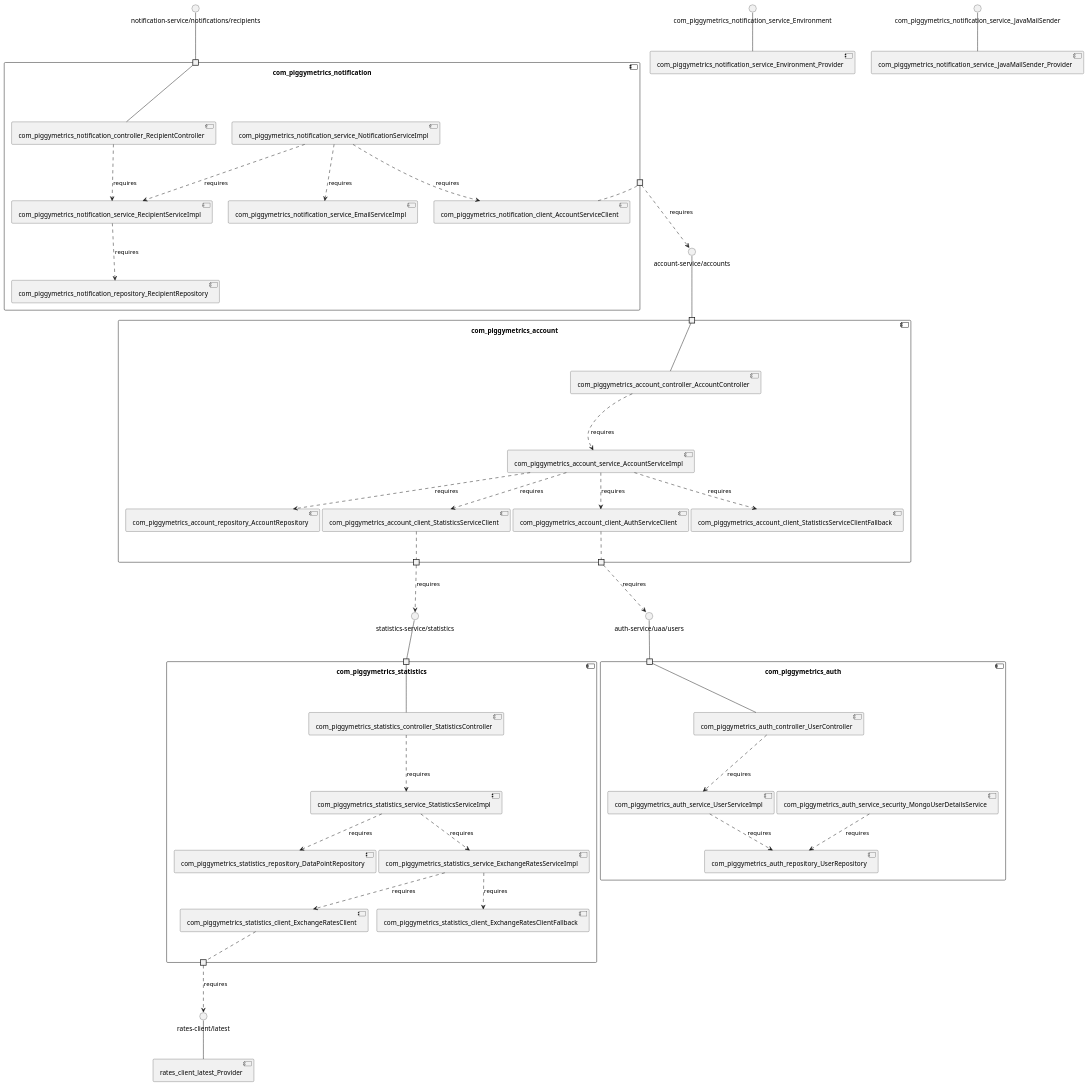
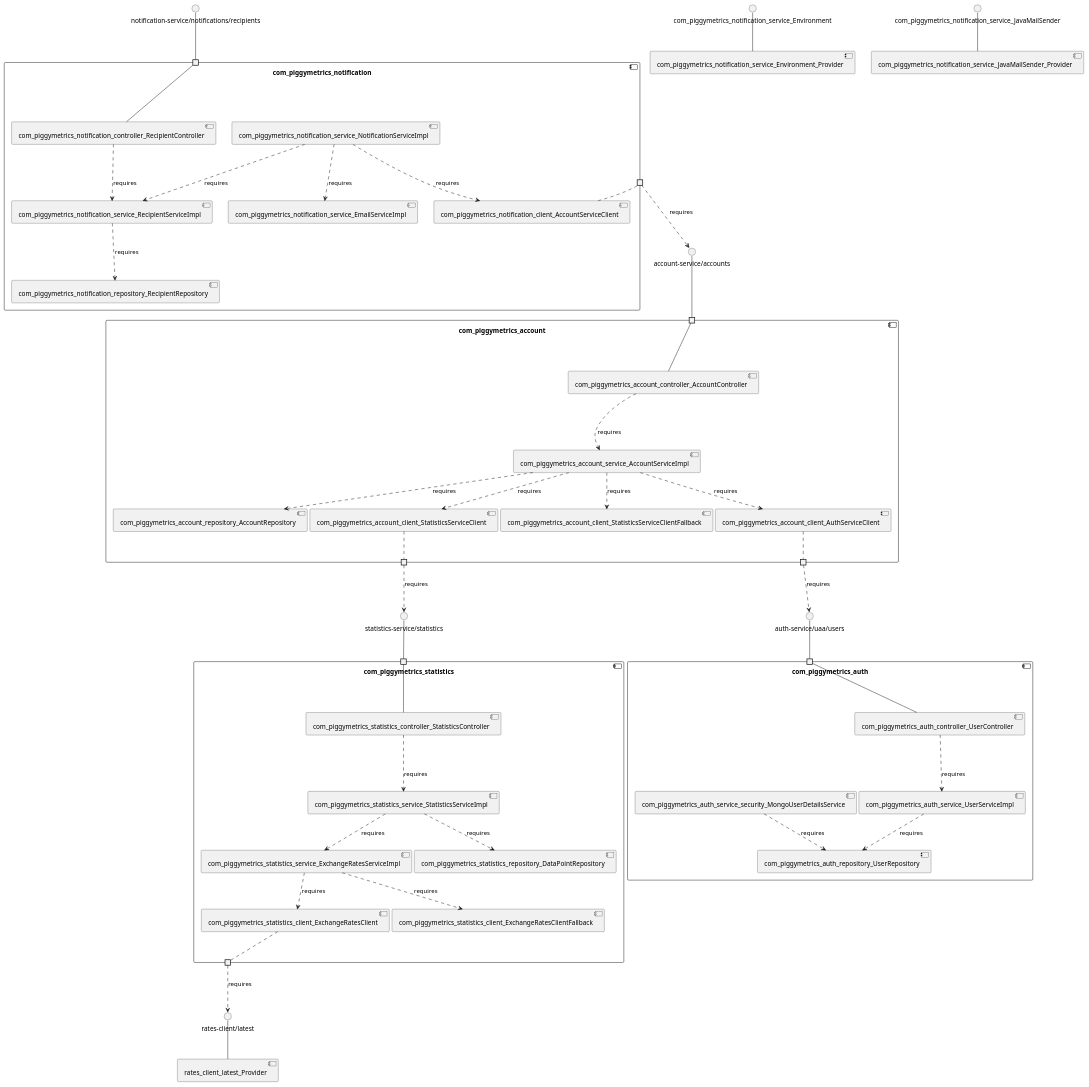
Before and after one commit to MSt-10/Palladio-ReverseEngineering-Benchmark: the diagram in sqshq-piggymetrics/model_re/uml/componentDiagram.puml, drawn with PlantUML. The commit also changed other lines of this file and 238 other files, not shown here.

```diff
--- a/sqshq-piggymetrics/model_re/uml/componentDiagram.puml
+++ b/sqshq-piggymetrics/model_re/uml/componentDiagram.puml
@@ -1,91 +1,91 @@
 @startuml
 skinparam fixCircleLabelOverlapping true
 skinparam componentStyle uml2
 component "com_piggymetrics_account\n\n\n\n\n\n" {
 [com_piggymetrics_account_service_AccountServiceImpl]
+[com_piggymetrics_account_client_StatisticsServiceClient]
 [com_piggymetrics_account_client_StatisticsServiceClientFallback]
-[com_piggymetrics_account_repository_AccountRepository]
 [com_piggymetrics_account_controller_AccountController]
 [com_piggymetrics_account_client_AuthServiceClient]
-[com_piggymetrics_account_client_StatisticsServiceClient]
+[com_piggymetrics_account_repository_AccountRepository]
 portin " " as com_piggymetrics_account_requires_account_service_accounts
 portout " " as com_piggymetrics_account_provides_statistics_service_statistics
 portout " " as com_piggymetrics_account_provides_auth_service_uaa_users
+[com_piggymetrics_account_controller_AccountController]..>[com_piggymetrics_account_service_AccountServiceImpl] : requires
+[com_piggymetrics_account_service_AccountServiceImpl]..>[com_piggymetrics_account_client_StatisticsServiceClient] : requires
 [com_piggymetrics_account_service_AccountServiceImpl]..>[com_piggymetrics_account_client_StatisticsServiceClientFallback] : requires
+[com_piggymetrics_account_service_AccountServiceImpl]..>[com_piggymetrics_account_client_AuthServiceClient] : requires
 [com_piggymetrics_account_service_AccountServiceImpl]..>[com_piggymetrics_account_repository_AccountRepository] : requires
-[com_piggymetrics_account_service_AccountServiceImpl]..>[com_piggymetrics_account_client_AuthServiceClient] : requires
-[com_piggymetrics_account_service_AccountServiceImpl]..>[com_piggymetrics_account_client_StatisticsServiceClient] : requires
-[com_piggymetrics_account_controller_AccountController]..>[com_piggymetrics_account_service_AccountServiceImpl] : requires
 "com_piggymetrics_account_requires_account_service_accounts"--[com_piggymetrics_account_controller_AccountController]
+[com_piggymetrics_account_client_StatisticsServiceClient].."com_piggymetrics_account_provides_statistics_service_statistics"
 [com_piggymetrics_account_client_AuthServiceClient].."com_piggymetrics_account_provides_auth_service_uaa_users"
-[com_piggymetrics_account_client_StatisticsServiceClient].."com_piggymetrics_account_provides_statistics_service_statistics"
 }
 interface "account-service/accounts" as interface.account_service_accounts
 interface.account_service_accounts--"com_piggymetrics_account_requires_account_service_accounts"
 interface "auth-service/uaa/users" as interface.auth_service_uaa_users
 "com_piggymetrics_account_provides_auth_service_uaa_users"..>interface.auth_service_uaa_users : requires
 interface "statistics-service/statistics" as interface.statistics_service_statistics
 "com_piggymetrics_account_provides_statistics_service_statistics"..>interface.statistics_service_statistics : requires
 component "com_piggymetrics_auth\n\n\n\n\n\n" {
-[com_piggymetrics_auth_controller_UserController]
-[com_piggymetrics_auth_repository_UserRepository]
 [com_piggymetrics_auth_service_UserServiceImpl]
 [com_piggymetrics_auth_service_security_MongoUserDetailsService]
+[com_piggymetrics_auth_repository_UserRepository]
+[com_piggymetrics_auth_controller_UserController]
 portin " " as com_piggymetrics_auth_requires_auth_service_uaa_users
+[com_piggymetrics_auth_service_security_MongoUserDetailsService]..>[com_piggymetrics_auth_repository_UserRepository] : requires
 [com_piggymetrics_auth_service_UserServiceImpl]..>[com_piggymetrics_auth_repository_UserRepository] : requires
-[com_piggymetrics_auth_service_security_MongoUserDetailsService]..>[com_piggymetrics_auth_repository_UserRepository] : requires
 [com_piggymetrics_auth_controller_UserController]..>[com_piggymetrics_auth_service_UserServiceImpl] : requires
 "com_piggymetrics_auth_requires_auth_service_uaa_users"--[com_piggymetrics_auth_controller_UserController]
 }
 interface "auth-service/uaa/users" as interface.auth_service_uaa_users
 interface.auth_service_uaa_users--"com_piggymetrics_auth_requires_auth_service_uaa_users"
 component "com_piggymetrics_notification\n\n\n\n\n\n" {
 [com_piggymetrics_notification_controller_RecipientController]
+[com_piggymetrics_notification_service_RecipientServiceImpl]
+[com_piggymetrics_notification_service_EmailServiceImpl]
+[com_piggymetrics_notification_service_NotificationServiceImpl]
+[com_piggymetrics_notification_repository_RecipientRepository]
 [com_piggymetrics_notification_client_AccountServiceClient]
-[com_piggymetrics_notification_service_NotificationServiceImpl]
-[com_piggymetrics_notification_service_EmailServiceImpl]
-[com_piggymetrics_notification_repository_RecipientRepository]
-[com_piggymetrics_notification_service_RecipientServiceImpl]
 portin " " as com_piggymetrics_notification_requires_notification_service_notifications_recipients
 portout " " as com_piggymetrics_notification_provides_account_service_accounts
+[com_piggymetrics_notification_controller_RecipientController]..>[com_piggymetrics_notification_service_RecipientServiceImpl] : requires
+[com_piggymetrics_notification_service_NotificationServiceImpl]..>[com_piggymetrics_notification_service_EmailServiceImpl] : requires
+[com_piggymetrics_notification_service_NotificationServiceImpl]..>[com_piggymetrics_notification_client_AccountServiceClient] : requires
 [com_piggymetrics_notification_service_NotificationServiceImpl]..>[com_piggymetrics_notification_service_RecipientServiceImpl] : requires
 [com_piggymetrics_notification_service_RecipientServiceImpl]..>[com_piggymetrics_notification_repository_RecipientRepository] : requires
-[com_piggymetrics_notification_service_NotificationServiceImpl]..>[com_piggymetrics_notification_service_EmailServiceImpl] : requires
-[com_piggymetrics_notification_service_NotificationServiceImpl]..>[com_piggymetrics_notification_client_AccountServiceClient] : requires
-[com_piggymetrics_notification_controller_RecipientController]..>[com_piggymetrics_notification_service_RecipientServiceImpl] : requires
 "com_piggymetrics_notification_requires_notification_service_notifications_recipients"--[com_piggymetrics_notification_controller_RecipientController]
 [com_piggymetrics_notification_client_AccountServiceClient].."com_piggymetrics_notification_provides_account_service_accounts"
 }
 interface "notification-service/notifications/recipients" as interface.notification_service_notifications_recipients
 interface.notification_service_notifications_recipients--"com_piggymetrics_notification_requires_notification_service_notifications_recipients"
 interface "account-service/accounts" as interface.account_service_accounts
 "com_piggymetrics_notification_provides_account_service_accounts"..>interface.account_service_accounts : requires
 component "com_piggymetrics_statistics\n\n\n\n\n\n" {
+[com_piggymetrics_statistics_repository_DataPointRepository]
+[com_piggymetrics_statistics_client_ExchangeRatesClientFallback]
+[com_piggymetrics_statistics_client_ExchangeRatesClient]
+[com_piggymetrics_statistics_service_ExchangeRatesServiceImpl]
 [com_piggymetrics_statistics_service_StatisticsServiceImpl]
-[com_piggymetrics_statistics_client_ExchangeRatesClientFallback]
-[com_piggymetrics_statistics_service_ExchangeRatesServiceImpl]
 [com_piggymetrics_statistics_controller_StatisticsController]
-[com_piggymetrics_statistics_repository_DataPointRepository]
-[com_piggymetrics_statistics_client_ExchangeRatesClient]
 portin " " as com_piggymetrics_statistics_requires_statistics_service_statistics
 portout " " as com_piggymetrics_statistics_provides_rates_client_latest
-[com_piggymetrics_statistics_service_ExchangeRatesServiceImpl]..>[com_piggymetrics_statistics_client_ExchangeRatesClient] : requires
 [com_piggymetrics_statistics_service_StatisticsServiceImpl]..>[com_piggymetrics_statistics_repository_DataPointRepository] : requires
 [com_piggymetrics_statistics_service_ExchangeRatesServiceImpl]..>[com_piggymetrics_statistics_client_ExchangeRatesClientFallback] : requires
+[com_piggymetrics_statistics_service_ExchangeRatesServiceImpl]..>[com_piggymetrics_statistics_client_ExchangeRatesClient] : requires
 [com_piggymetrics_statistics_controller_StatisticsController]..>[com_piggymetrics_statistics_service_StatisticsServiceImpl] : requires
 [com_piggymetrics_statistics_service_StatisticsServiceImpl]..>[com_piggymetrics_statistics_service_ExchangeRatesServiceImpl] : requires
 "com_piggymetrics_statistics_requires_statistics_service_statistics"--[com_piggymetrics_statistics_controller_StatisticsController]
 [com_piggymetrics_statistics_client_ExchangeRatesClient].."com_piggymetrics_statistics_provides_rates_client_latest"
 }
 interface "statistics-service/statistics" as interface.statistics_service_statistics
 interface.statistics_service_statistics--"com_piggymetrics_statistics_requires_statistics_service_statistics"
 interface "rates-client/latest" as interface.rates_client_latest
 "com_piggymetrics_statistics_provides_rates_client_latest"..>interface.rates_client_latest : requires
 interface "com_piggymetrics_notification_service_Environment" as interface.com_piggymetrics_notification_service_Environment
 interface.com_piggymetrics_notification_service_Environment--[com_piggymetrics_notification_service_Environment_Provider]
 interface "com_piggymetrics_notification_service_JavaMailSender" as interface.com_piggymetrics_notification_service_JavaMailSender
 interface.com_piggymetrics_notification_service_JavaMailSender--[com_piggymetrics_notification_service_JavaMailSender_Provider]
 interface "rates-client/latest" as interface.rates_client_latest
 interface.rates_client_latest--[rates_client_latest_Provider]
 
 @enduml
```
